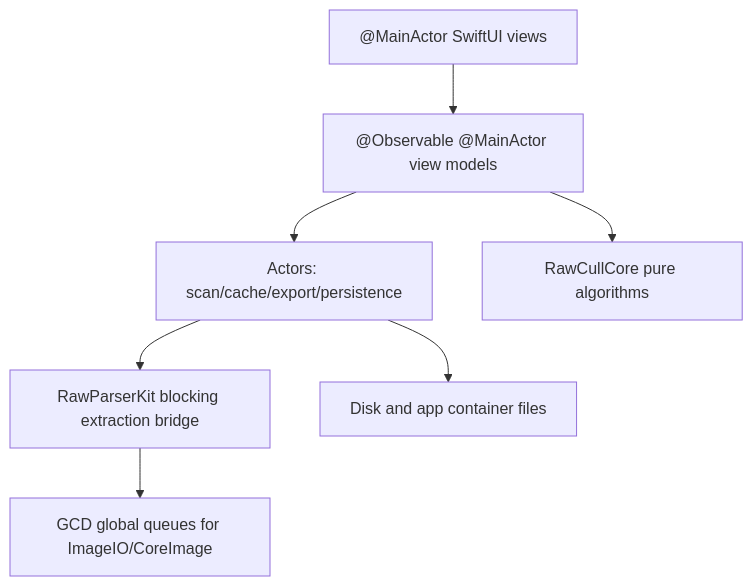
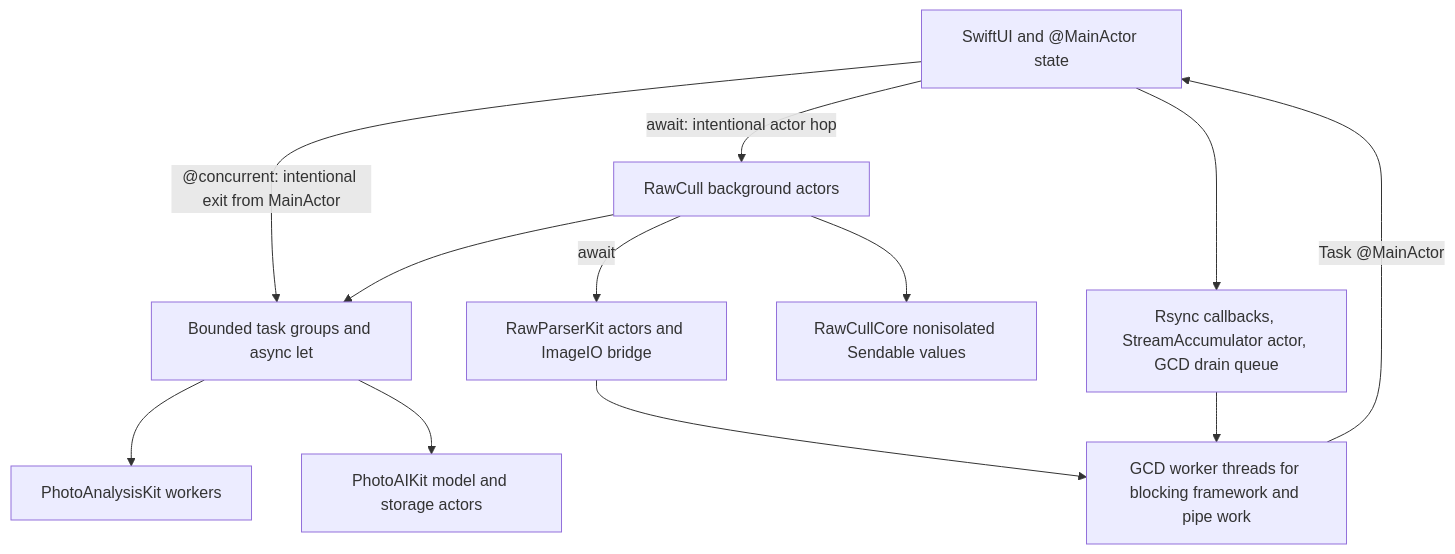
One commit to rsyncOSX/TechDocRawcull changed the diagram in content/en/docs/concurrency.md. Above: the diagram before and after it, drawn with Mermaid. The commit also changed other lines of this file, not shown here.

````diff
--- a/content/en/docs/concurrency.md
+++ b/content/en/docs/concurrency.md
@@ -37,9 +50,24 @@
 ```mermaid
 flowchart TD
-    A["@MainActor SwiftUI views"] --> B["@Observable @MainActor view models"]
-    B --> C["Actors: scan/cache/export/persistence"]
-    C --> D["RawParserKit blocking extraction bridge"]
-    B --> E["RawCullCore pure algorithms"]
-    C --> F["Disk and app container files"]
-    D --> G["GCD global queues for ImageIO/CoreImage"]
+    UI["SwiftUI and @MainActor state"]
+    APP["RawCull background actors"]
+    GROUPS["Bounded task groups and async let"]
+    PARSER["RawParserKit actors and ImageIO bridge"]
+    ANALYSIS["PhotoAnalysisKit workers"]
+    AI["PhotoAIKit model and storage actors"]
+    CORE["RawCullCore nonisolated Sendable values"]
+    RSYNC["Rsync callbacks, StreamAccumulator actor, GCD drain queue"]
+    GCD["GCD worker threads for blocking framework and pipe work"]
+
+    UI -->|"await: intentional actor hop"| APP
+    UI -->|"@concurrent: intentional exit from MainActor"| GROUPS
+    APP --> GROUPS
+    APP -->|"await"| PARSER
+    GROUPS --> ANALYSIS
+    GROUPS --> AI
+    APP --> CORE
+    UI --> RSYNC
+    PARSER --> GCD
+    RSYNC --> GCD
+    GCD -->|"Task @MainActor"| UI
 ```
````
